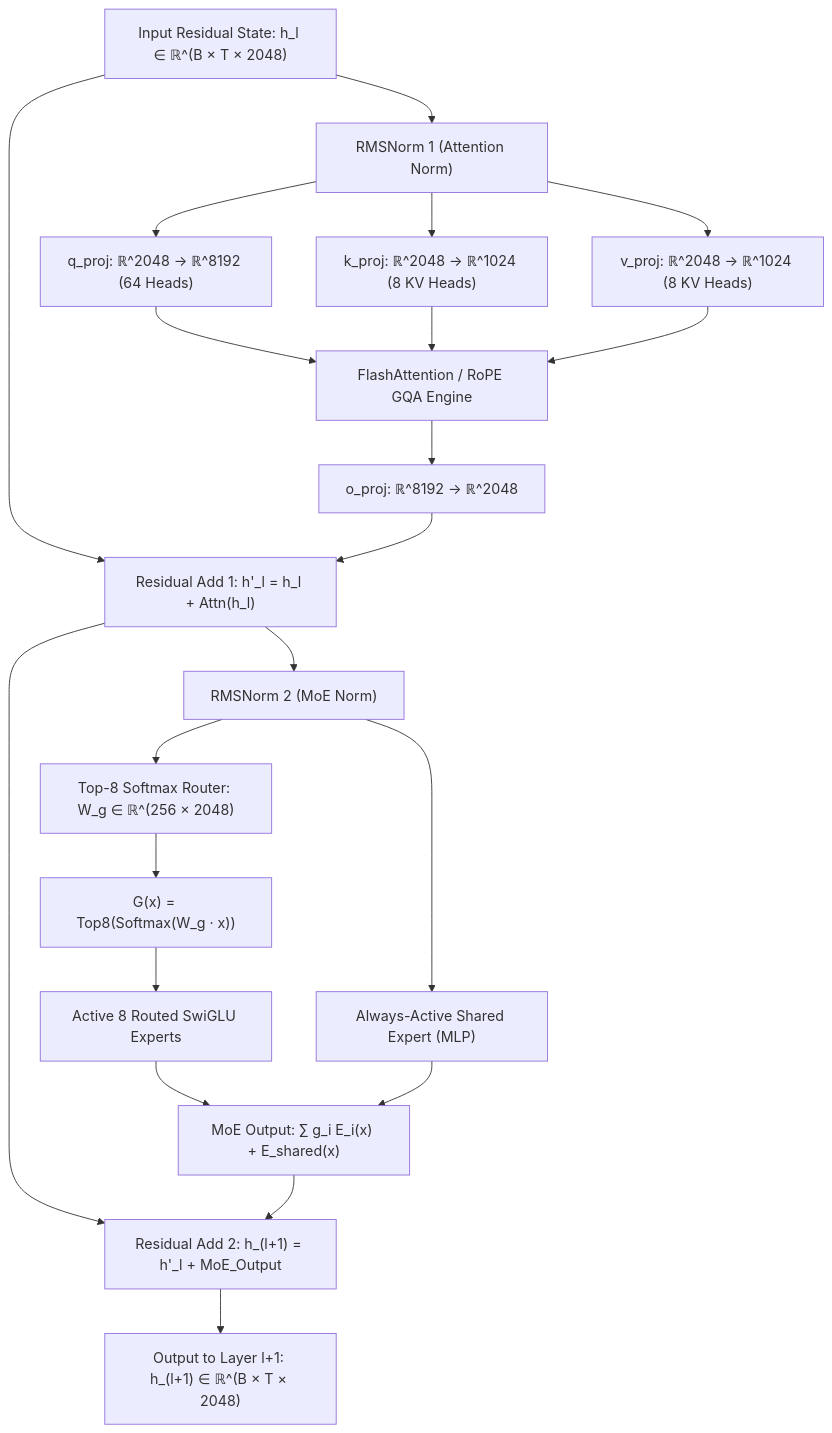
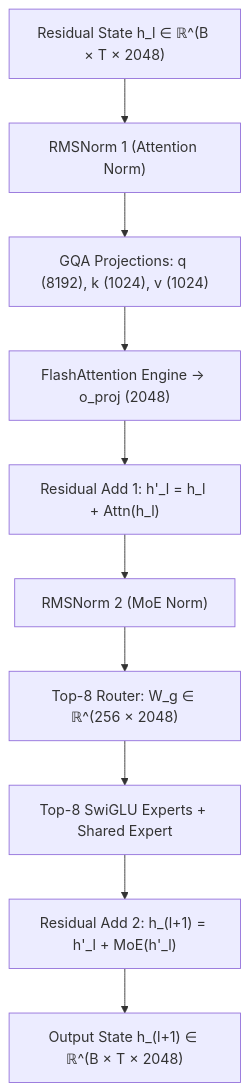
One commit to srishanthsriramula/ReseachX changed the second of 2 diagrams in obsidian/ReseachX/03_Architectures/Laguna_XS2_Architecture_Profile.md. Above: the diagram before and after it, drawn with Mermaid. The commit also changed other lines of this file and 5 other files, not shown here.

Commit message:
Optimize architectural Mermaid diagrams into single-column responsive vertical layouts to guarantee 100% fit on all screen sizes

````diff
--- a/obsidian/ReseachX/03_Architectures/Laguna_XS2_Architecture_Profile.md
+++ b/obsidian/ReseachX/03_Architectures/Laguna_XS2_Architecture_Profile.md
@@ -30,26 +27,12 @@
 ```mermaid
 flowchart TD
-    H_IN["Input Residual State: h_l ∈ ℝ^(B × T × 2048)"] --> NORM1["RMSNorm 1 (Attention Norm)"]
-    
-    NORM1 --> Q_PROJ["q_proj: ℝ^2048 → ℝ^8192 (64 Heads)"]
-    NORM1 --> K_PROJ["k_proj: ℝ^2048 → ℝ^1024 (8 KV Heads)"]
-    NORM1 --> V_PROJ["v_proj: ℝ^2048 → ℝ^1024 (8 KV Heads)"]
-    
-    Q_PROJ & K_PROJ & V_PROJ --> ATTN["FlashAttention / RoPE GQA Engine"]
-    ATTN --> O_PROJ["o_proj: ℝ^8192 → ℝ^2048"]
-    
-    H_IN --> ADD1["Residual Add 1: h'_l = h_l + Attn(h_l)"]
-    O_PROJ --> ADD1
-    
-    ADD1 --> NORM2["RMSNorm 2 (MoE Norm)"]
-    NORM2 --> ROUTER["Top-8 Softmax Router: W_g ∈ ℝ^(256 × 2048)"]
-    ROUTER --> GATING["G(x) = Top8(Softmax(W_g · x))"]
-    
-    GATING --> EXP["Active 8 Routed SwiGLU Experts"]
-    NORM2 --> SHARED["Always-Active Shared Expert (MLP)"]
-    
-    EXP & SHARED --> MOE_OUT["MoE Output: ∑ g_i E_i(x) + E_shared(x)"]
-    ADD1 --> ADD2["Residual Add 2: h_(l+1) = h'_l + MoE_Output"]
-    MOE_OUT --> ADD2
-    ADD2 --> H_OUT["Output to Layer l+1: h_(l+1) ∈ ℝ^(B × T × 2048)"]
+    IN["Residual State h_l ∈ ℝ^(B × T × 2048)"] --> N1["RMSNorm 1 (Attention Norm)"]
+    N1 --> GQA["GQA Projections: q (8192), k (1024), v (1024)"]
+    GQA --> ATTN["FlashAttention Engine → o_proj (2048)"]
+    ATTN --> ADD1["Residual Add 1: h'_l = h_l + Attn(h_l)"]
+    ADD1 --> N2["RMSNorm 2 (MoE Norm)"]
+    N2 --> ROUTE["Top-8 Router: W_g ∈ ℝ^(256 × 2048)"]
+    ROUTE --> MOE["Top-8 SwiGLU Experts + Shared Expert"]
+    MOE --> ADD2["Residual Add 2: h_(l+1) = h'_l + MoE(h'_l)"]
+    ADD2 --> OUT["Output State h_(l+1) ∈ ℝ^(B × T × 2048)"]
 ```
````
